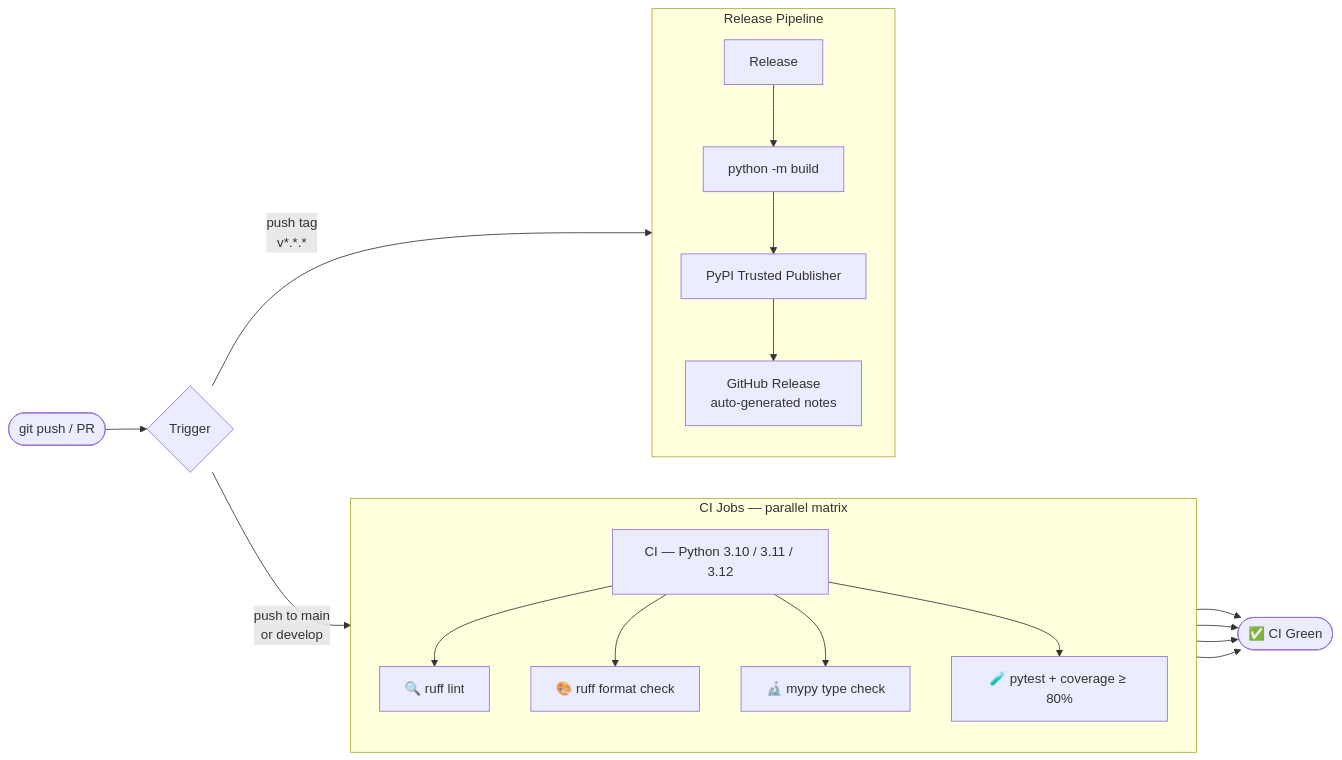
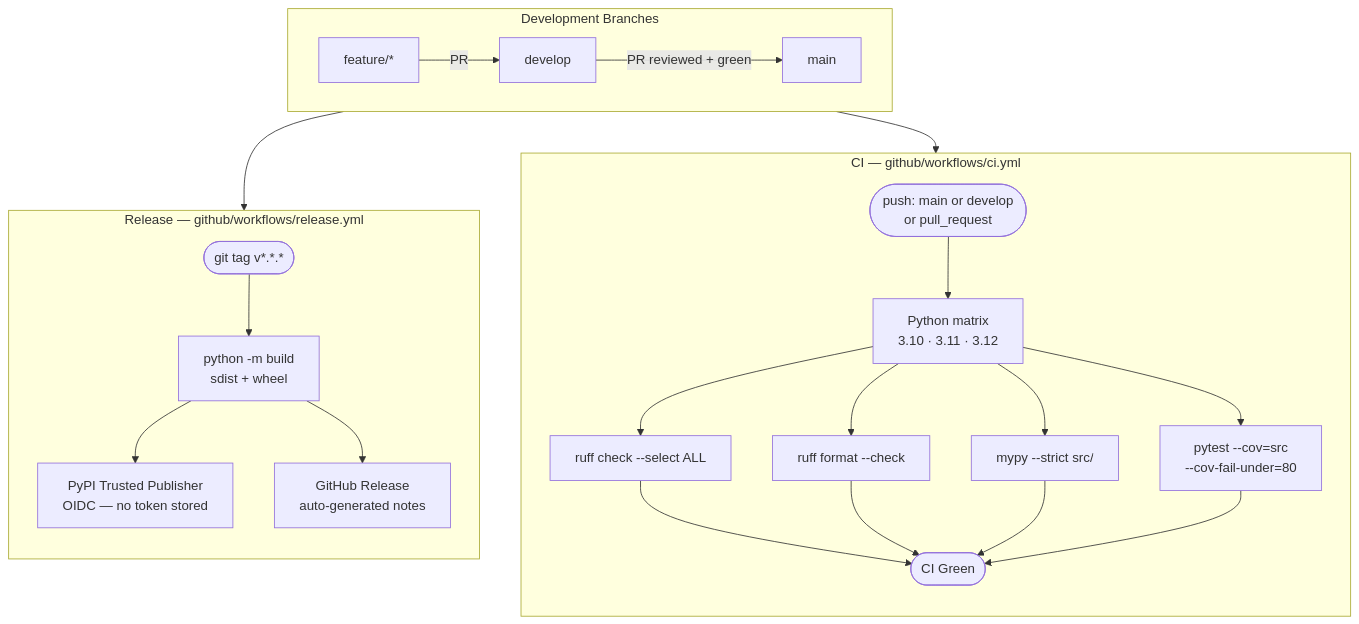
One commit to flamehaven01/Flamehaven-Veritas changed the fourth of 5 diagrams in README.md. Above: the diagram before and after it, drawn with Mermaid. The commit also changed other lines of this file, not shown here.

First line of the commit message:
docs(readme): Mermaid diagrams, SPAR/Web UI sections, CI/CD hardening

````diff
--- a/README.md
+++ b/README.md
@@ -582,24 +643,33 @@
 ```mermaid
-flowchart LR
-    A([git push / PR]) --> B{Trigger}
-
-    B -->|push to main<br/>or develop| C[CI — Python 3.10 / 3.11 / 3.12]
-    B -->|push tag<br/>v*.*.*| H[Release]
-
-    subgraph CI [CI Jobs — parallel matrix]
-        direction TB
-        C --> D[🔍 ruff lint]
-        C --> E[🎨 ruff format check]
-        C --> F[🔬 mypy type check]
-        C --> G[🧪 pytest + coverage ≥ 80%]
+flowchart TD
+    subgraph Dev ["Development Branches"]
+        direction LR
+        feat[feature/*] -->|PR| dev[develop]
+        dev -->|PR reviewed + green| main[main]
     end
 
-    D & E & F & G --> Z([✅ CI Green])
+    subgraph CI ["CI — github/workflows/ci.yml"]
+        direction TB
+        trigger_ci([push: main or develop\nor pull_request])
+        matrix[Python matrix\n3.10 · 3.11 · 3.12]
+        lint[ruff check --select ALL]
+        fmt[ruff format --check]
+        types[mypy --strict src/]
+        test[pytest --cov=src\n--cov-fail-under=80]
+        trigger_ci --> matrix
+        matrix --> lint & fmt & types & test
+        lint & fmt & types & test --> ci_green([CI Green])
+    end
 
-    subgraph Release [Release Pipeline]
+    subgraph Release ["Release — github/workflows/release.yml"]
         direction TB
-        H --> I[python -m build]
-        I --> J[PyPI Trusted Publisher]
-        J --> K[GitHub Release<br/>auto-generated notes]
+        trigger_rel([git tag v*.*.*])
+        build[python -m build\nsdist + wheel]
+        pypi[PyPI Trusted Publisher\nOIDC — no token stored]
+        gh_release[GitHub Release\nauto-generated notes]
+        trigger_rel --> build --> pypi & gh_release
     end
+
+    main --> trigger_ci
+    main --> trigger_rel
 ```
````
